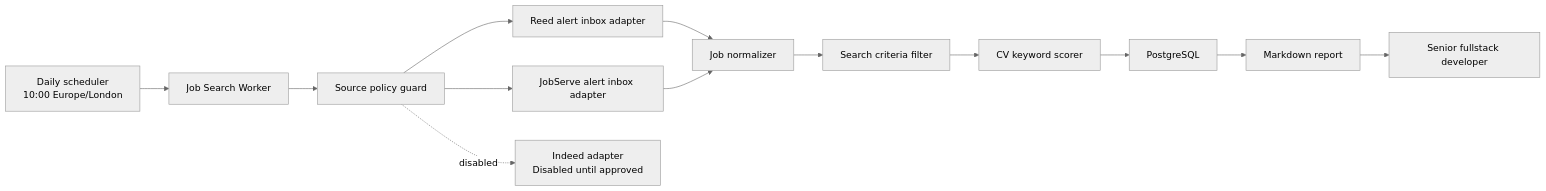
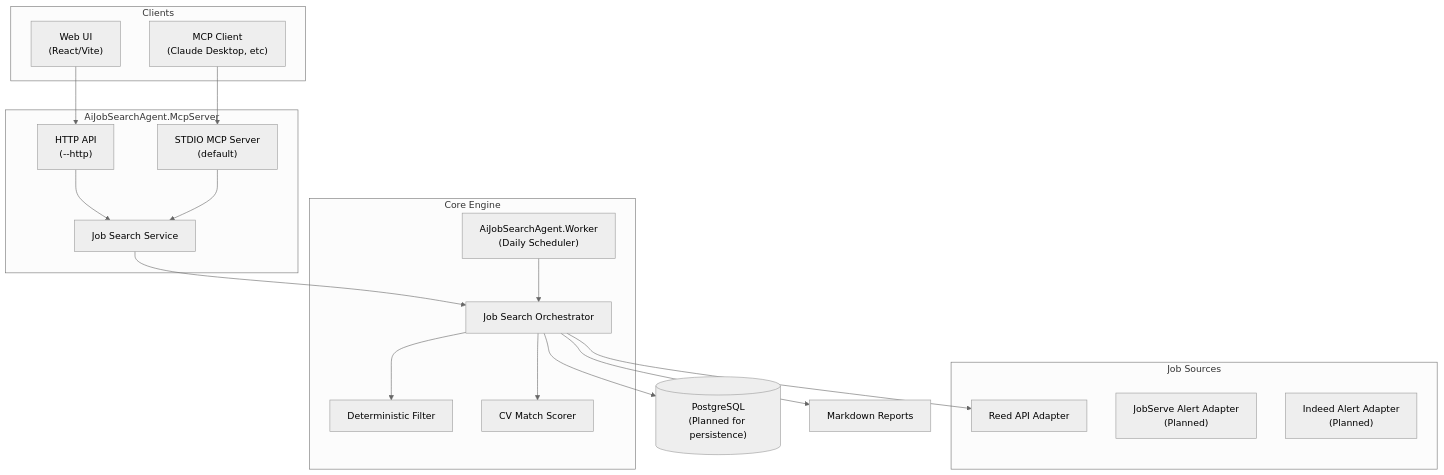
The first of 6 diagrams in docs/job-search-agent-architecture.md (ekanatha-urivakili/AiJobSearchAgent), drawn with Mermaid (neutral theme) before and after one commit. The commit also changed other lines of this file and 21 other files, not shown here.

````diff
--- a/docs/job-search-agent-architecture.md
+++ b/docs/job-search-agent-architecture.md
@@ -18,15 +18,40 @@
 ```mermaid
-flowchart LR
-    Scheduler["Daily scheduler\n10:00 Europe/London"] --> Worker["Job Search Worker"]
-    Worker --> PolicyGuard["Source policy guard"]
-    PolicyGuard --> Reed["Reed alert inbox adapter"]
-    PolicyGuard --> JobServe["JobServe alert inbox adapter"]
-    PolicyGuard -. disabled .-> Indeed["Indeed adapter\nDisabled until approved"]
-    Reed --> Normalizer["Job normalizer"]
-    JobServe --> Normalizer
-    Normalizer --> Filter["Search criteria filter"]
-    Filter --> Scorer["CV keyword scorer"]
-    Scorer --> Store["PostgreSQL"]
-    Store --> Report["Markdown report"]
-    Report --> User["Senior fullstack developer"]
+flowchart TD
+    subgraph Clients["Clients"]
+        WebUI["Web UI\n(React/Vite)"]
+        McpClient["MCP Client\n(Claude Desktop, etc)"]
+    end
+
+    subgraph Server["AiJobSearchAgent.McpServer"]
+        HttpApi["HTTP API\n(--http)"]
+        StdioMcp["STDIO MCP Server\n(default)"]
+        McpService["Job Search Service"]
+    end
+
+    subgraph Orchestration["Core Engine"]
+        Worker["AiJobSearchAgent.Worker\n(Daily Scheduler)"]
+        Orchestrator["Job Search Orchestrator"]
+        Filter["Deterministic Filter"]
+        Scorer["CV Match Scorer"]
+    end
+
+    subgraph Sources["Job Sources"]
+        ReedApi["Reed API Adapter"]
+        JobServe["JobServe Alert Adapter\n(Planned)"]
+        Indeed["Indeed Alert Adapter\n(Planned)"]
+    end
+
+    WebUI --> HttpApi
+    McpClient --> StdioMcp
+    HttpApi --> McpService
+    StdioMcp --> McpService
+    McpService --> Orchestrator
+    Worker --> Orchestrator
+
+    Orchestrator --> ReedApi
+    Orchestrator --> Filter
+    Orchestrator --> Scorer
+    
+    Orchestrator --> PostgreSQL[("PostgreSQL\n(Planned for persistence)")]
+    Orchestrator --> Reports["Markdown Reports"]
 ```
````
